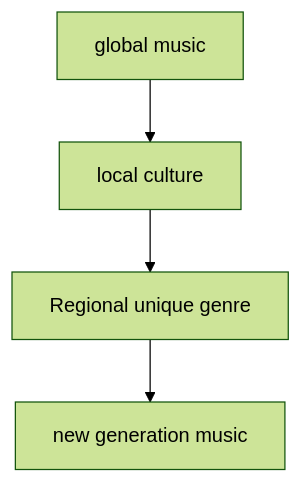
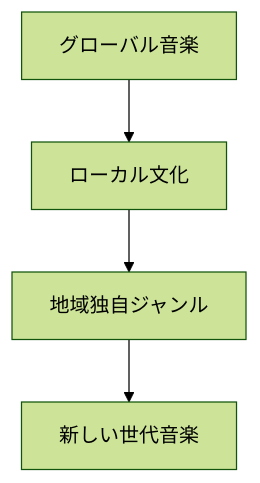
Before and after one commit to monumental-movement/monumental-movement.github.io: the third of 4 diagrams in en/_posts/2026-03-13-column-column-why-music-defines-generations.md, drawn with Mermaid (forest theme). The commit also changed other lines of this file and 2196 other files, not shown here.

```diff
--- a/en/_posts/2026-03-13-column-column-why-music-defines-generations.md
+++ b/en/_posts/2026-03-13-column-column-why-music-defines-generations.md
@@ -199,6 +199,6 @@
 <div class="mermaid">
 graph TD
-A[global music] --> B[local culture]
-B --> C[Regional unique genre]
-C --> D[new generation music]
+A[グローバル音楽] --> B[ローカル文化]
+B --> C[地域独自ジャンル]
+C --> D[新しい世代音楽]
 </div>
```
